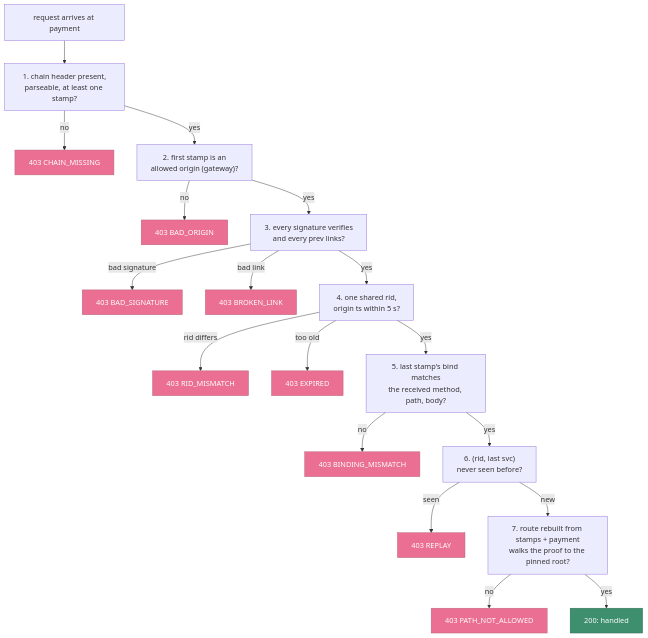
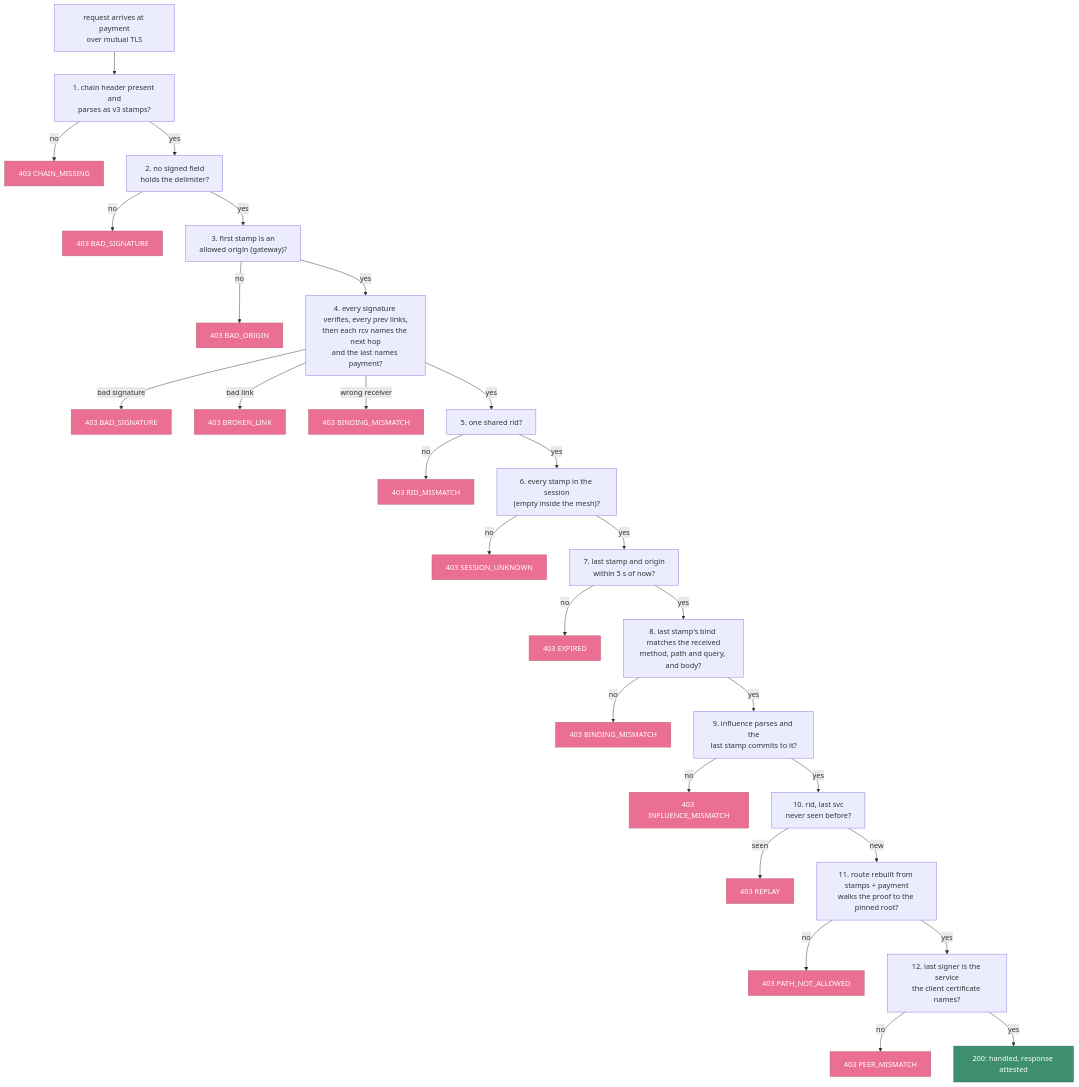
One commit to dumbsly/paztport changed the fourth of 6 diagrams in poc-demos/java-mesh/README.md. Above: the diagram before and after it, drawn with Mermaid. The commit also changed other lines of this file and 8 other files, not shown here.

````diff
--- a/poc-demos/java-mesh/README.md
+++ b/poc-demos/java-mesh/README.md
@@ -138,25 +164,35 @@
 ```mermaid
 flowchart TD
-    A["request arrives at payment"] --> S1["1. chain header present,<br/>parseable, at least one stamp?"]
+    A["request arrives at payment<br/>over mutual TLS"] --> S1["1. chain header present and<br/>parses as v3 stamps?"]
     S1 -->|no| R1["403 CHAIN_MISSING"]
-    S1 -->|yes| S2["2. first stamp is an<br/>allowed origin (gateway)?"]
-    S2 -->|no| R2["403 BAD_ORIGIN"]
-    S2 -->|yes| S3["3. every signature verifies<br/>and every prev links?"]
-    S3 -->|bad signature| R3a["403 BAD_SIGNATURE"]
-    S3 -->|bad link| R3b["403 BROKEN_LINK"]
-    S3 -->|yes| S4["4. one shared rid,<br/>origin ts within 5 s?"]
-    S4 -->|rid differs| R4a["403 RID_MISMATCH"]
-    S4 -->|too old| R4b["403 EXPIRED"]
-    S4 -->|yes| S5["5. last stamp's bind matches<br/>the received method, path, body?"]
-    S5 -->|no| R5["403 BINDING_MISMATCH"]
-    S5 -->|yes| S6["6. (rid, last svc)<br/>never seen before?"]
-    S6 -->|seen| R6["403 REPLAY"]
-    S6 -->|new| S7["7. route rebuilt from stamps + payment<br/>walks the proof to the pinned root?"]
-    S7 -->|no| R7["403 PATH_NOT_ALLOWED"]
-    S7 -->|yes| OK["200: handled"]
+    S1 -->|yes| S2["2. no signed field<br/>holds the delimiter?"]
+    S2 -->|no| R2["403 BAD_SIGNATURE"]
+    S2 -->|yes| S3["3. first stamp is an<br/>allowed origin (gateway)?"]
+    S3 -->|no| R3["403 BAD_ORIGIN"]
+    S3 -->|yes| S4["4. every signature verifies, every prev links,<br/>then each rcv names the next hop<br/>and the last names payment?"]
+    S4 -->|bad signature| R4a["403 BAD_SIGNATURE"]
+    S4 -->|bad link| R4b["403 BROKEN_LINK"]
+    S4 -->|wrong receiver| R4c["403 BINDING_MISMATCH"]
+    S4 -->|yes| S5["5. one shared rid?"]
+    S5 -->|no| R5["403 RID_MISMATCH"]
+    S5 -->|yes| S6["6. every stamp in the session<br/>(empty inside the mesh)?"]
+    S6 -->|no| R6["403 SESSION_UNKNOWN"]
+    S6 -->|yes| S7["7. last stamp and origin<br/>within 5 s of now?"]
+    S7 -->|no| R7["403 EXPIRED"]
+    S7 -->|yes| S8["8. last stamp's bind matches the received<br/>method, path and query, and body?"]
+    S8 -->|no| R8["403 BINDING_MISMATCH"]
+    S8 -->|yes| S9["9. influence parses and the<br/>last stamp commits to it?"]
+    S9 -->|no| R9["403 INFLUENCE_MISMATCH"]
+    S9 -->|yes| S10["10. rid, last svc<br/>never seen before?"]
+    S10 -->|seen| R10["403 REPLAY"]
+    S10 -->|new| S11["11. route rebuilt from stamps + payment<br/>walks the proof to the pinned root?"]
+    S11 -->|no| R11["403 PATH_NOT_ALLOWED"]
+    S11 -->|yes| S12["12. last signer is the service<br/>the client certificate names?"]
+    S12 -->|no| R12["403 PEER_MISMATCH"]
+    S12 -->|yes| OK["200: handled, response attested"]
 
     classDef reject fill:#eb6f92,stroke:#b4637a,color:#ffffff
     classDef pass fill:#3e8f6e,stroke:#2a6b52,color:#ffffff
-    class R1,R2,R3a,R3b,R4a,R4b,R5,R6,R7 reject
+    class R1,R2,R3,R4a,R4b,R4c,R5,R6,R7,R8,R9,R10,R11,R12 reject
     class OK pass
 ```
````
